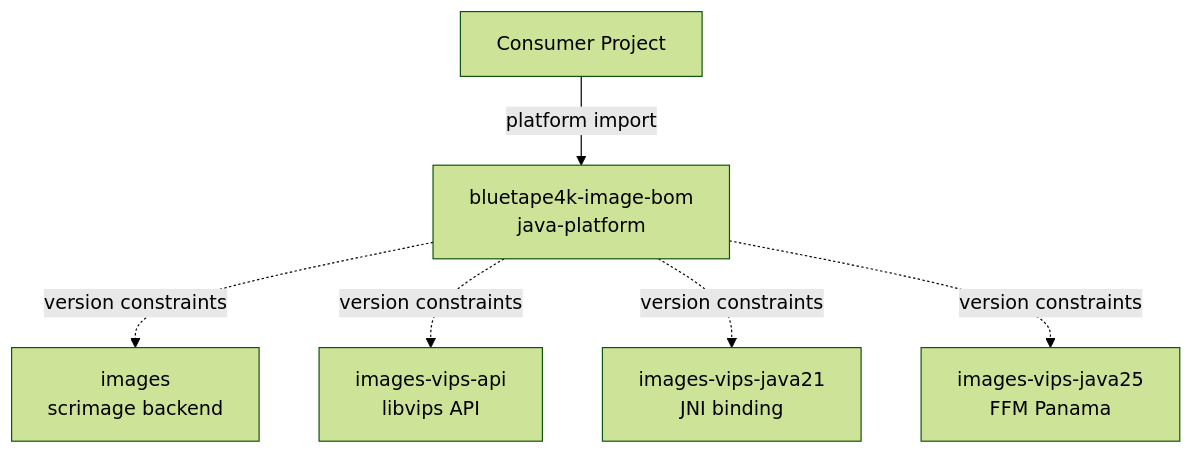
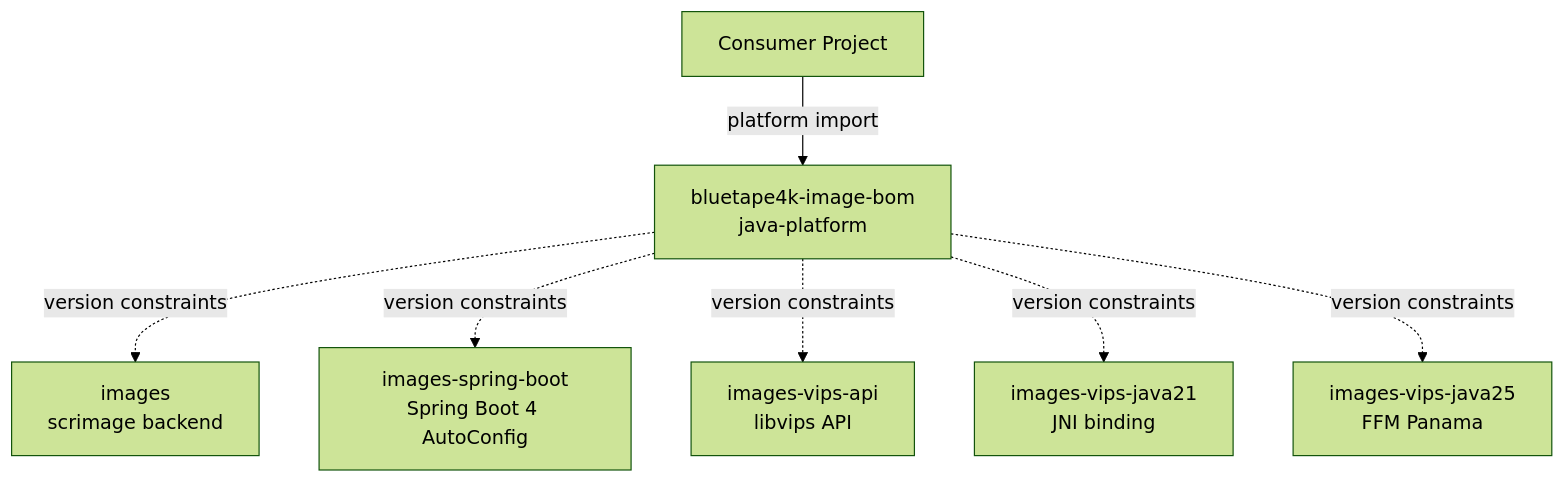
Before and after one commit to bluetape4k/bluetape4k-image: the diagram in bom/README.md, drawn with Mermaid (forest theme). The commit also changed other lines of this file and 51 other files, not shown here.

Commit message:
refactor: rename images-spring-boot4 to images-spring-boot, drop bluetape4k- prefix from artifact IDs in docs

````diff
--- a/bom/README.md
+++ b/bom/README.md
@@ -11,15 +11,17 @@
 ```mermaid
 graph TB
     Consumer[Consumer Project]
     BOM[bluetape4k-image-bom<br/>java-platform]
     Images[images<br/>scrimage backend]
+    SpringBoot[images-spring-boot<br/>Spring Boot 4 AutoConfig]
     VipsApi[images-vips-api<br/>libvips API]
     Vips21[images-vips-java21<br/>JNI binding]
     Vips25[images-vips-java25<br/>FFM Panama]
 
     Consumer -->|platform import| BOM
     BOM -.->|version constraints| Images
+    BOM -.->|version constraints| SpringBoot
     BOM -.->|version constraints| VipsApi
     BOM -.->|version constraints| Vips21
     BOM -.->|version constraints| Vips25
 ```
````
